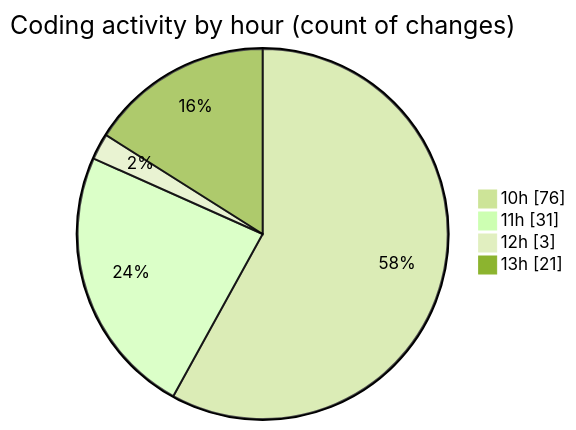
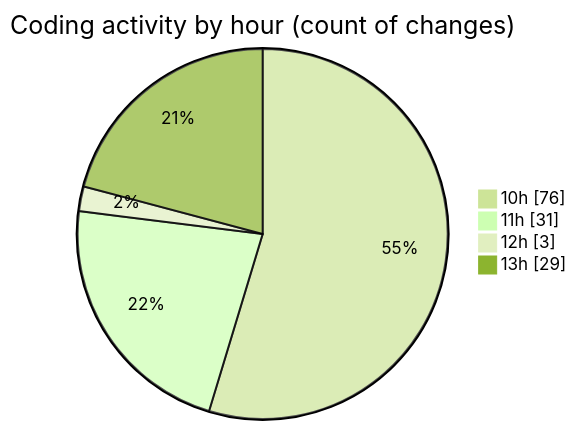
Before and after one commit to lephambinh05/code-tracking: the second of 2 diagrams in 2025-08-18/vps-v1/README.md, drawn with Mermaid (forest theme). The commit also changed other lines of this file and 1 other file, not shown here.

````diff
--- a/2025-08-18/vps-v1/README.md
+++ b/2025-08-18/vps-v1/README.md
@@ -99,8 +103,8 @@
 ```mermaid
 pie showData
 title Coding activity by hour (count of changes)
 "10h" : 76
 "11h" : 31
 "12h" : 3
-"13h" : 21
+"13h" : 29
 ```
````
